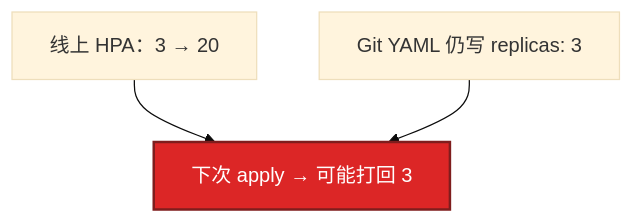
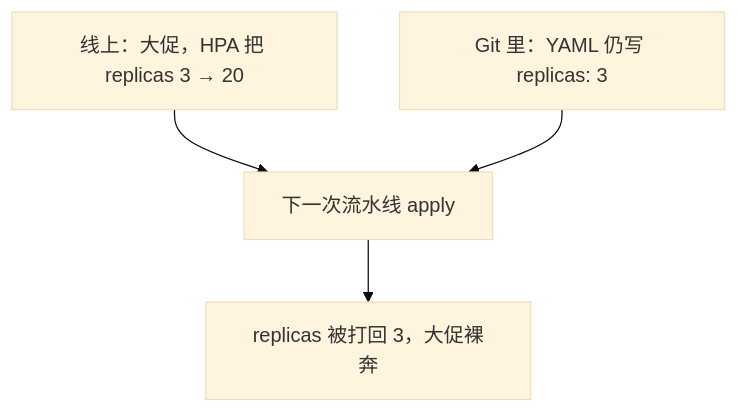
One commit to ml-cuizijun/LearnToLilith changed the second of 2 diagrams in 03-Kubernetes/05-工作负载控制器/练习题.md. Above: the diagram before and after it, drawn with Mermaid (base theme). The commit also changed other lines of this file and 470 other files, not shown here.

````diff
--- a/03-Kubernetes/05-工作负载控制器/练习题.md
+++ b/03-Kubernetes/05-工作负载控制器/练习题.md
@@ -324,10 +453,6 @@
 ```mermaid
 flowchart TB
-    hpa[线上 HPA：3 → 20]
-    git[Git YAML 仍写 replicas: 3]
-    hpa --> apply
-    git --> apply[下次 apply → 可能打回 3]
-
-    classDef bad fill:#DC2626,stroke:#7F1D1D,stroke-width:2px,color:#fff
-    class apply bad
+    H["线上：大促，HPA 把 replicas 3 → 20"] --> A["下一次流水线 apply"]
+    G["Git 里：YAML 仍写 replicas: 3"] --> A
+    A --> R["replicas 被打回 3，大促裸奔"]
 ```
````
